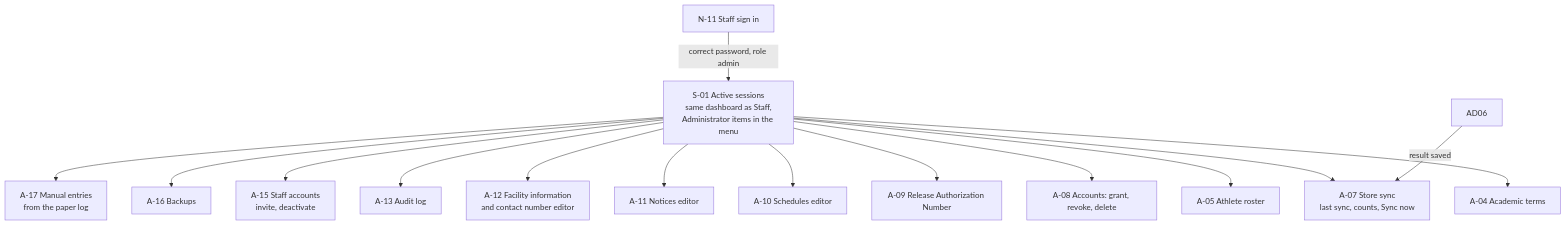
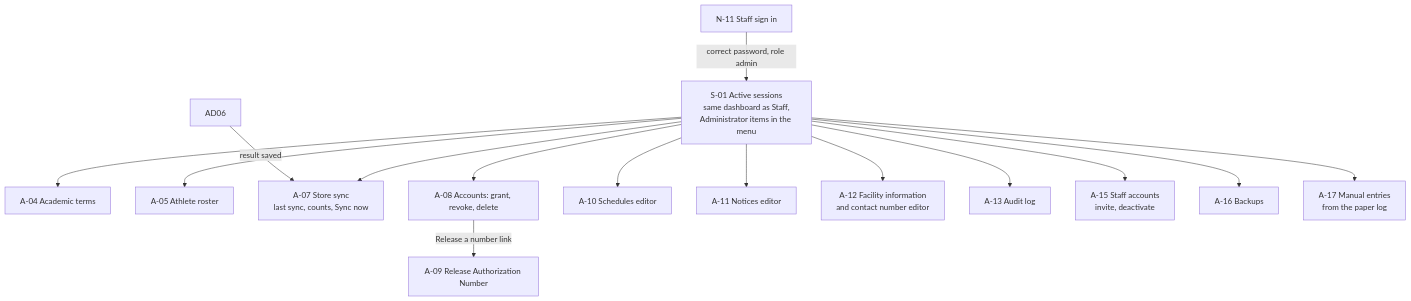
Before and after one commit to Th3-Minorities/natatorio-gym-app: the fifth of 7 diagrams in docs/design/screen-map.md, drawn with Mermaid. The commit also changed other lines of this file and 11 other files, not shown here.

````diff
--- a/docs/design/screen-map.md
+++ b/docs/design/screen-map.md
@@ -155,17 +153,17 @@
 ```mermaid
 flowchart TD
   N11["N-11 Staff sign in"] -->|"correct password, role admin"| S01["S-01 Active sessions<br/>same dashboard as Staff,<br/>Administrator items in the menu"]
   S01 --> AD04["A-04 Academic terms"]
   S01 --> AD05["A-05 Athlete roster"]
   S01 --> AD07["A-07 Store sync<br/>last sync, counts, Sync now"]
   S01 --> AD08["A-08 Accounts: grant, revoke, delete"]
-  S01 --> AD09["A-09 Release Authorization Number"]
+  AD08 -->|"Release a number link"| AD09["A-09 Release Authorization Number"]
   S01 --> AD10["A-10 Schedules editor"]
   S01 --> AD11["A-11 Notices editor"]
   S01 --> AD12["A-12 Facility information<br/>and contact number editor"]
   S01 --> AD13["A-13 Audit log"]
   S01 --> AD15["A-15 Staff accounts<br/>invite, deactivate"]
   S01 --> AD16["A-16 Backups"]
   S01 --> AD17["A-17 Manual entries<br/>from the paper log"]
   AD06 -->|"result saved"| AD07
 ```
````
